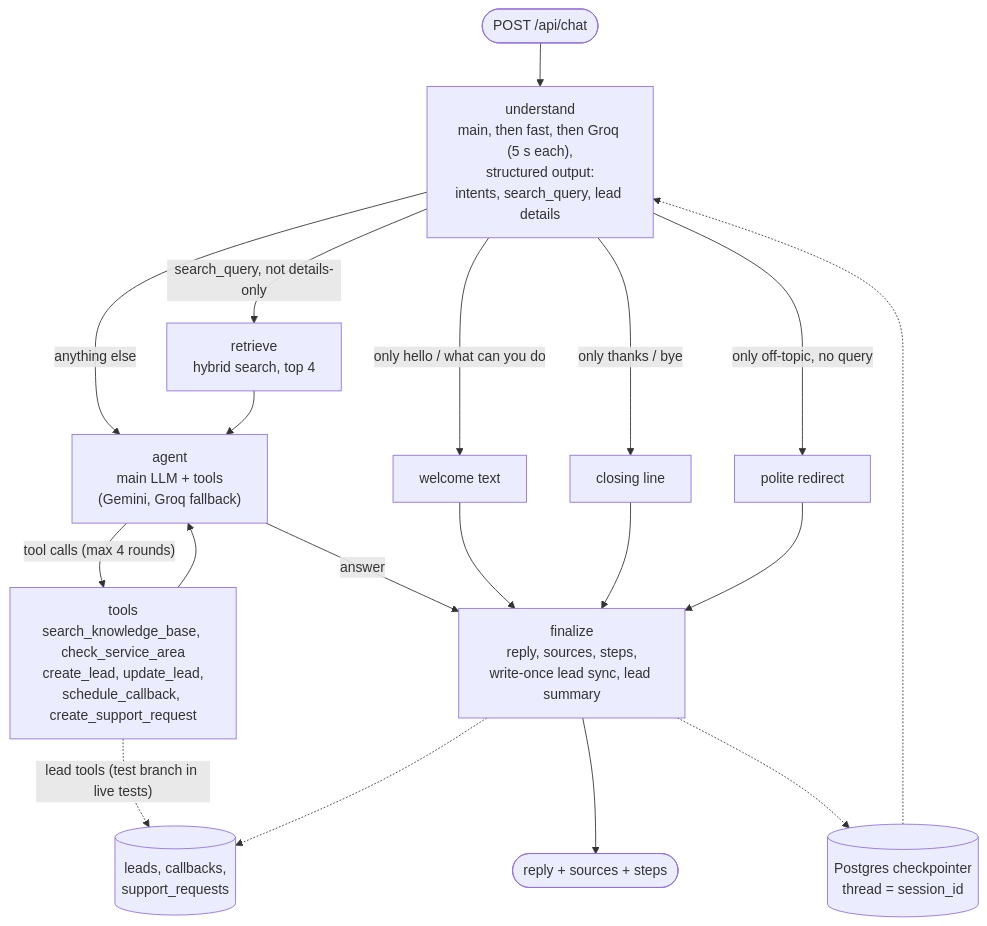
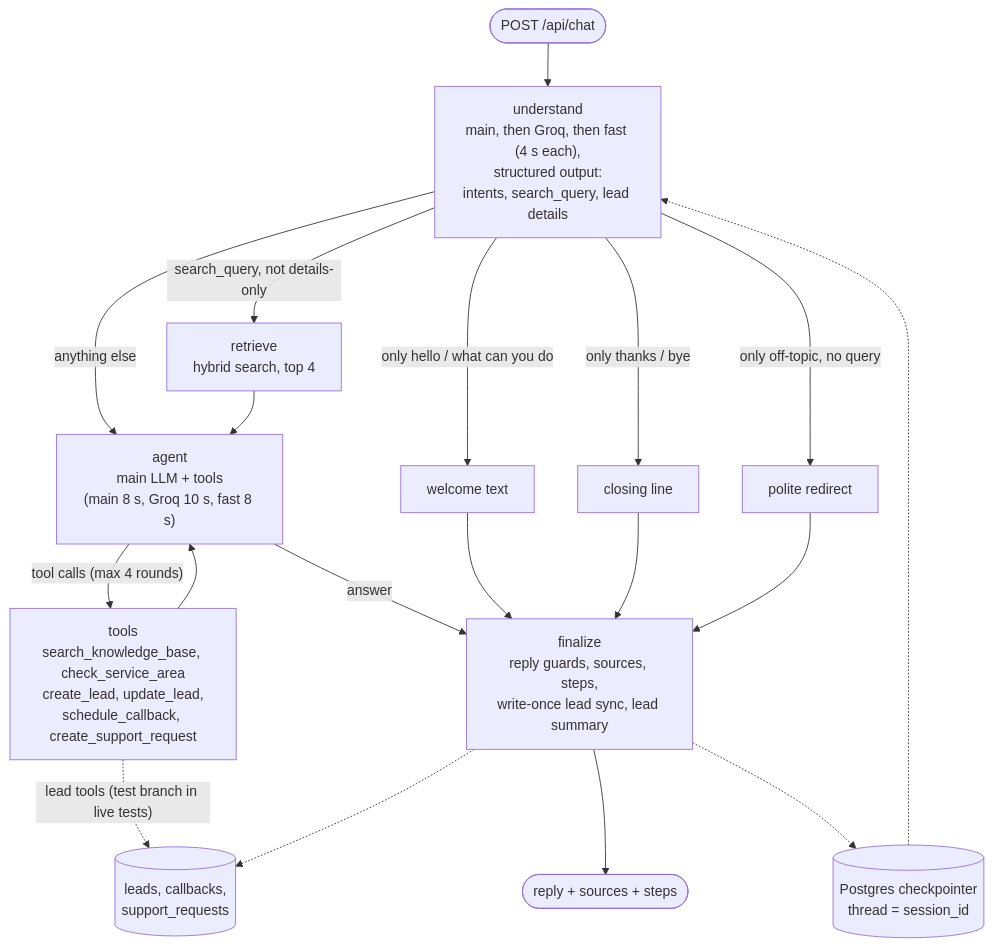
The eighth of 9 diagrams in docs/ARCHITECTURE.md (AdithyaChauhan/vantis-sales-agent), drawn with Mermaid before and after one commit. The commit also changed other lines of this file and 44 other files, not shown here.

First line of the commit message:
fix(agent): T12a guards for Adithya's 8 problems and fast replies when Google is slow

````diff
--- a/docs/ARCHITECTURE.md
+++ b/docs/ARCHITECTURE.md
@@ -152,21 +152,21 @@
 ```mermaid
 flowchart TD
-  msg(["POST /api/chat"]) --> understand["understand<br/>main, then fast, then Groq (5 s each),<br/>structured output:<br/>intents, search_query, lead details"]
+  msg(["POST /api/chat"]) --> understand["understand<br/>main, then Groq, then fast (4 s each),<br/>structured output:<br/>intents, search_query, lead details"]
   understand -->|"only hello / what can you do"| welcome["welcome text"]
   understand -->|"only thanks / bye"| closing["closing line"]
   understand -->|"only off-topic, no query"| redirect["polite redirect"]
   understand -->|"search_query, not details-only"| retrieve["retrieve<br/>hybrid search, top 4"]
   understand -->|"anything else"| agent
-  retrieve --> agent["agent<br/>main LLM + tools<br/>(Gemini, Groq fallback)"]
+  retrieve --> agent["agent<br/>main LLM + tools<br/>(main 8 s, Groq 10 s, fast 8 s)"]
   agent -->|"tool calls (max 4 rounds)"| tools["tools<br/>search_knowledge_base, check_service_area<br/>create_lead, update_lead,<br/>schedule_callback, create_support_request"]
   tools -.->|"lead tools (test branch in live tests)"| leadsdb[("leads, callbacks,<br/>support_requests")]
   tools --> agent
-  agent -->|"answer"| finalize["finalize<br/>reply, sources, steps,<br/>write-once lead sync, lead summary"]
+  agent -->|"answer"| finalize["finalize<br/>reply guards, sources, steps,<br/>write-once lead sync, lead summary"]
   finalize -.-> leadsdb
   welcome --> finalize
   closing --> finalize
   redirect --> finalize
   finalize --> reply(["reply + sources + steps"])
   memory[("Postgres checkpointer<br/>thread = session_id")] -.-> understand
   finalize -.-> memory
 ```
````
